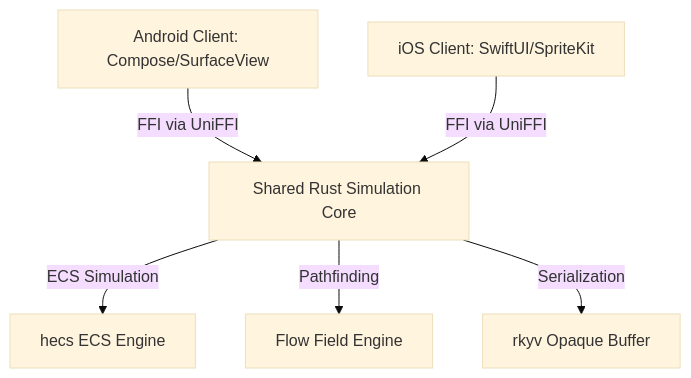
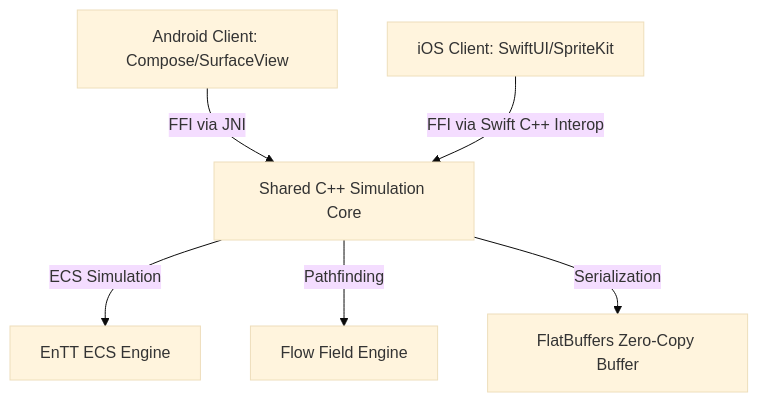
Before and after one commit to Hyperion-Corporation/Project-Mobile-Fortress: the diagram in docs/design/technical_design_document.md, drawn with Mermaid (base theme). The commit also changed other lines of this file and 28 other files, not shown here.

First line of the commit message:
Switch planned shared simulation core from Rust to C++20

````diff
--- a/docs/design/technical_design_document.md
+++ b/docs/design/technical_design_document.md
@@ -10,8 +10,8 @@
 ```mermaid
 graph TD
-    A[Android Client: Compose/SurfaceView] -->|FFI via UniFFI| B[Shared Rust Simulation Core]
-    C[iOS Client: SwiftUI/SpriteKit] -->|FFI via UniFFI| B
-    B -->|ECS Simulation| D[hecs ECS Engine]
+    A[Android Client: Compose/SurfaceView] -->|FFI via JNI| B[Shared C++ Simulation Core]
+    C[iOS Client: SwiftUI/SpriteKit] -->|FFI via Swift C++ Interop| B
+    B -->|ECS Simulation| D[EnTT ECS Engine]
     B -->|Pathfinding| E[Flow Field Engine]
-    B -->|Serialization| F[rkyv Opaque Buffer]
+    B -->|Serialization| F[FlatBuffers Zero-Copy Buffer]
 ```
````
